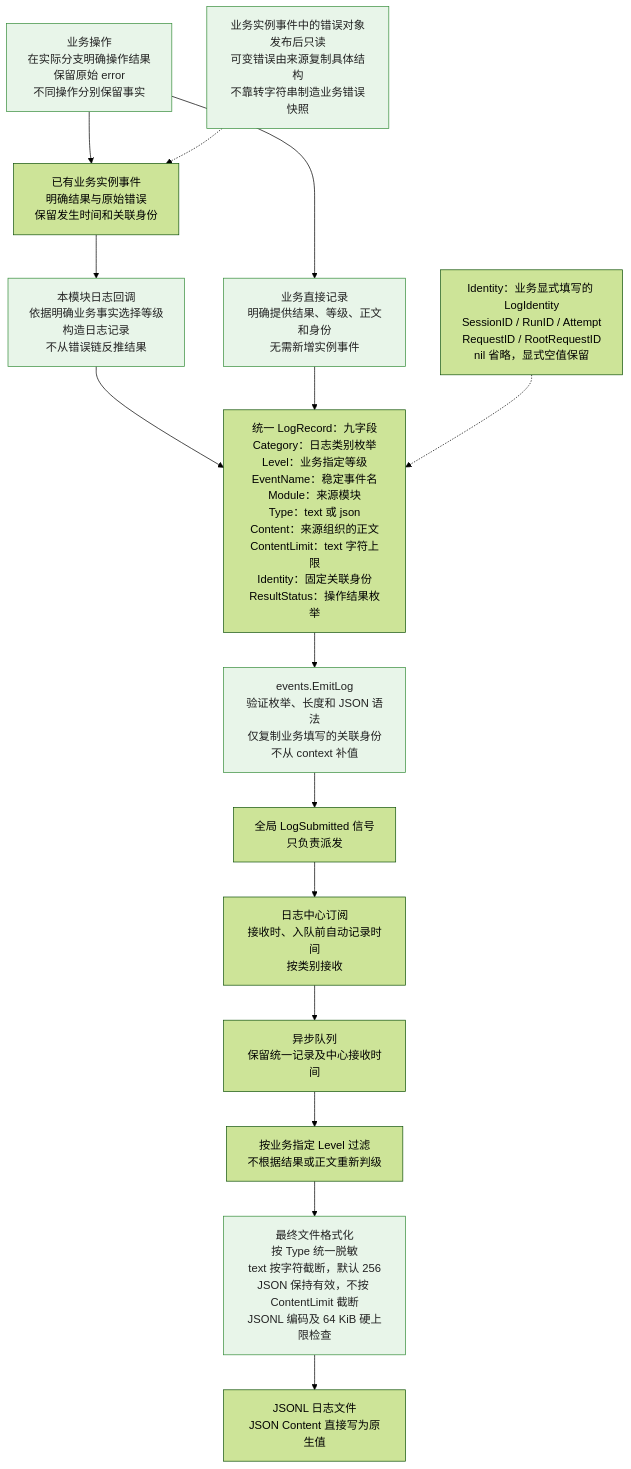
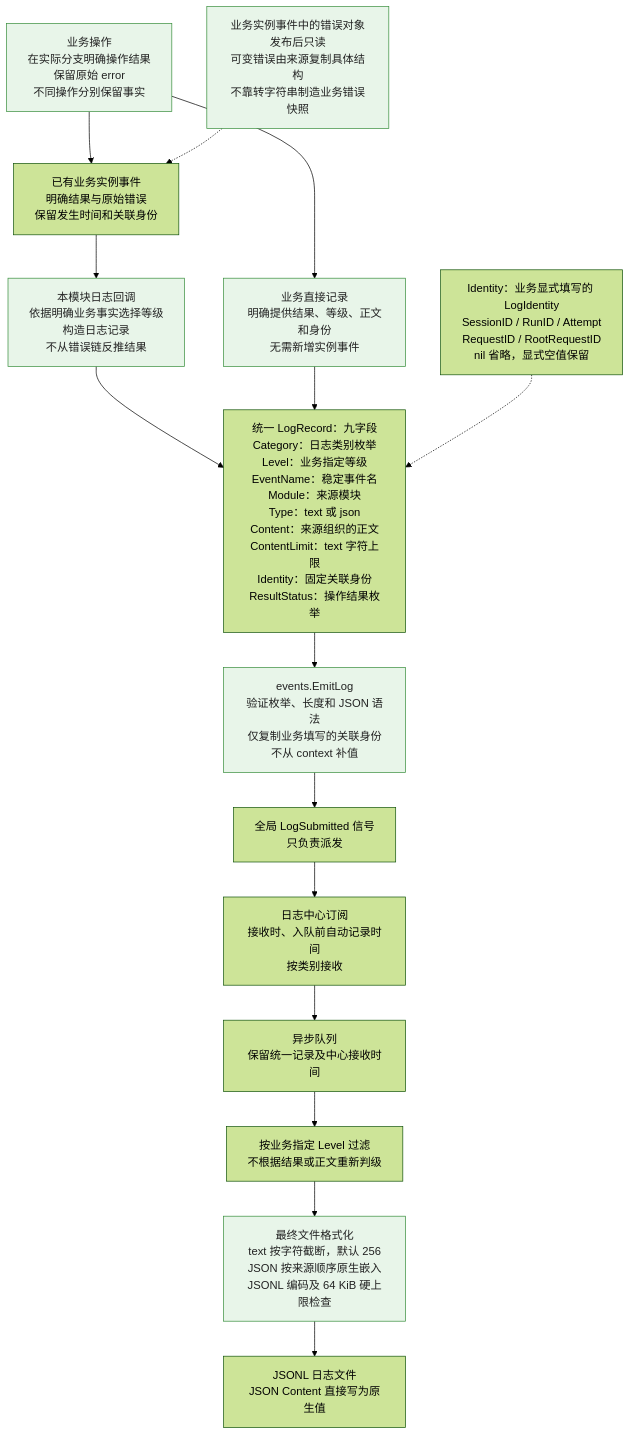
The first of 5 diagrams in devdocs/signals-and-logging.md (Elflare/elbot), drawn with Mermaid (forest theme) before and after one commit. The commit also changed other lines of this file and 20 other files, not shown here.

````diff
--- a/devdocs/signals-and-logging.md
+++ b/devdocs/signals-and-logging.md
@@ -19,23 +19,23 @@
 ```mermaid
 flowchart TD
     B["业务操作<br/>在实际分支明确操作结果<br/>保留原始 error<br/>不同操作分别保留事实"]
     B --> E["已有业务实例事件<br/>明确结果与原始错误<br/>保留发生时间和关联身份"]
     E --> P["本模块日志回调<br/>依据明确业务事实选择等级<br/>构造日志记录<br/>不从错误链反推结果"]
     B --> D["业务直接记录<br/>明确提供结果、等级、正文和身份<br/>无需新增实例事件"]
     P --> R
     D --> R
     R["统一 LogRecord：九字段<br/>Category：日志类别枚举<br/>Level：业务指定等级<br/>EventName：稳定事件名<br/>Module：来源模块<br/>Type：text 或 json<br/>Content：来源组织的正文<br/>ContentLimit：text 字符上限<br/>Identity：固定关联身份<br/>ResultStatus：操作结果枚举"]
     R --> EM["events.EmitLog<br/>验证枚举、长度和 JSON 语法<br/>仅复制业务填写的关联身份<br/>不从 context 补值"]
     EM --> S["全局 LogSubmitted 信号<br/>只负责派发"]
     S --> M["日志中心订阅<br/>接收时、入队前自动记录时间<br/>按类别接收"]
     M --> Q["异步队列<br/>保留统一记录及中心接收时间"]
     Q --> FILTER["按业务指定 Level 过滤<br/>不根据结果或正文重新判级"]
-    FILTER --> FORMAT["最终文件格式化<br/>按 Type 统一脱敏<br/>text 按字符截断，默认 256<br/>JSON 保持有效，不按 ContentLimit 截断<br/>JSONL 编码及 64 KiB 硬上限检查"]
+    FILTER --> FORMAT["最终文件格式化<br/>text 按字符截断，默认 256<br/>JSON 按来源顺序原生嵌入<br/>JSONL 编码及 64 KiB 硬上限检查"]
     FORMAT --> FILE["JSONL 日志文件<br/>JSON Content 直接写为原生值"]
     OWN["业务实例事件中的错误对象发布后只读<br/>可变错误由来源复制具体结构<br/>不靠转字符串制造业务错误快照"]
     OWN -.-> E
     ID["Identity：业务显式填写的 LogIdentity<br/>SessionID / RunID / Attempt<br/>RequestID / RootRequestID<br/>nil 省略，显式空值保留"]
     ID -.-> R
     classDef boundary fill:#e8f5e9,stroke:#388e3c,color:#222
     class B,P,D,EM,FORMAT,OWN boundary
 ```
````
